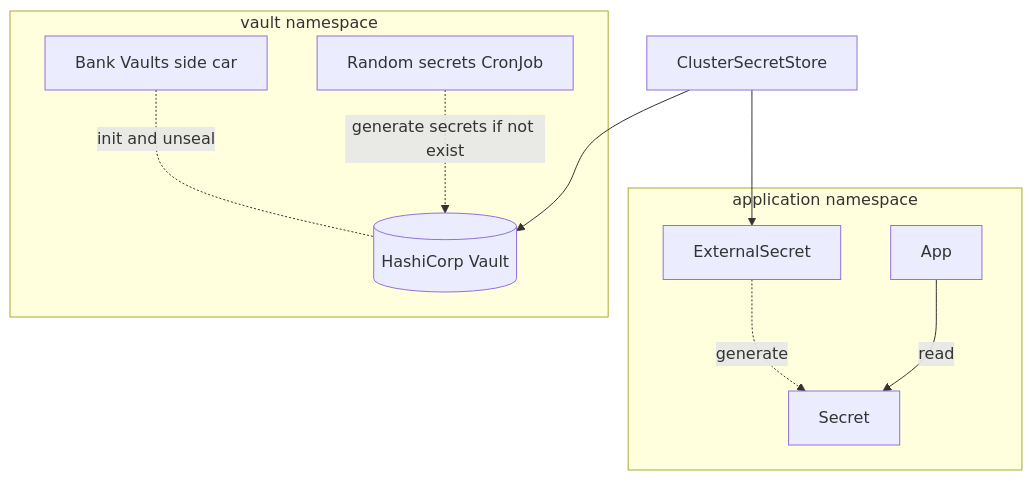
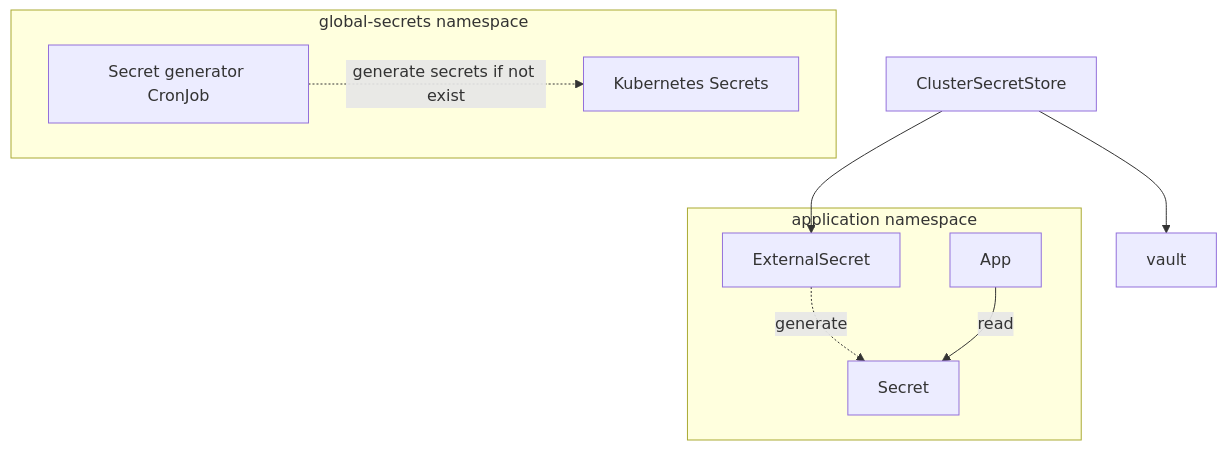
The diagram in docs/concepts/secrets-management.md (khuedoan/homelab), drawn with Mermaid before and after one commit. The commit also changed 24 other files, not shown here.

Commit message:
refactor!: make secret generator write to k8s Secrets instead of Vault

````diff
--- a/docs/concepts/secrets-management.md
+++ b/docs/concepts/secrets-management.md
@@ -15,15 +15,14 @@
 ```mermaid
 flowchart TD
-  subgraph vault-namespace[vault namespace]
-    bank-vaults[Bank Vaults side car] -. init and unseal .- vault[(HashiCorp Vault)]
-    random-secret[Random secrets CronJob] -. generate secrets if not exist .-> vault[(HashiCorp Vault)]
+  subgraph global-secrets-namespace[global-secrets namespace]
+    secret-generator[Secret generator CronJob] -. generate secrets if not exist .-> kubernetes-secrets[Kubernetes Secrets]
   end
 
   subgraph app-namespace[application namespace]
     ExternalSecret -. generate .-> Secret
     App -- read --> Secret
   end
 
   ClusterSecretStore --> vault
   ClusterSecretStore --> ExternalSecret
 ```
````
